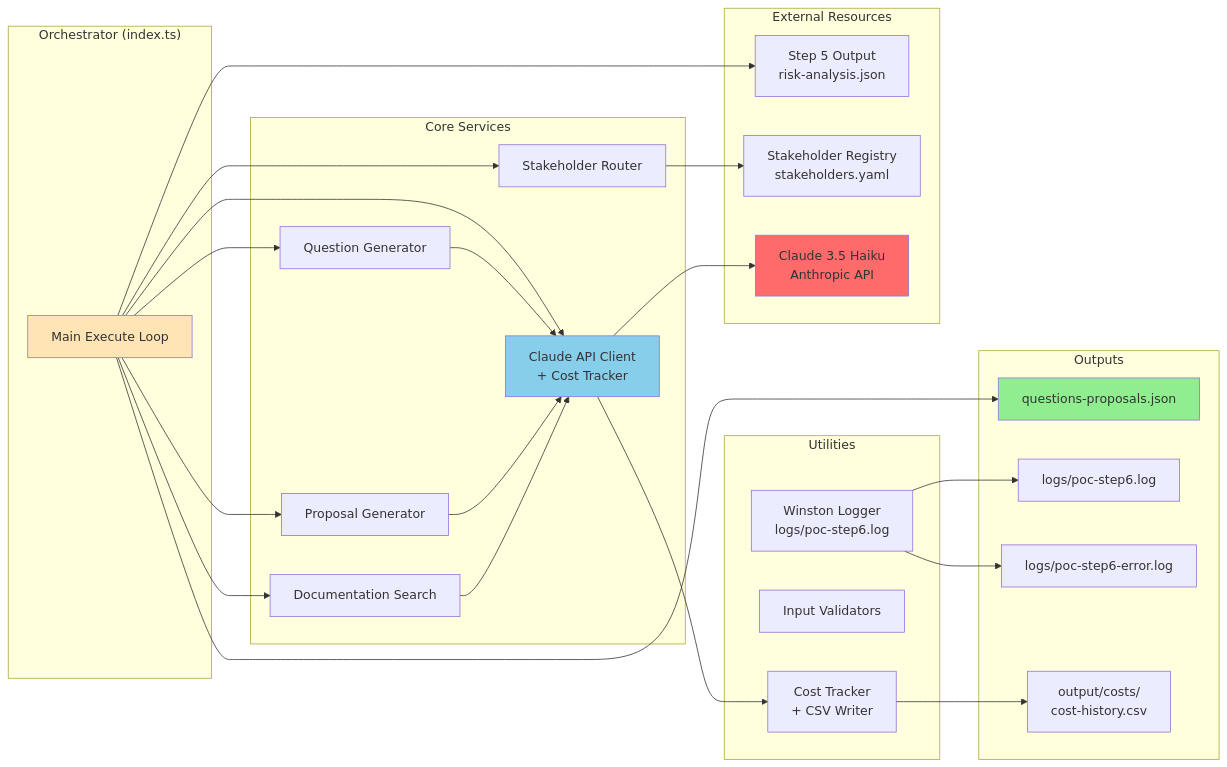
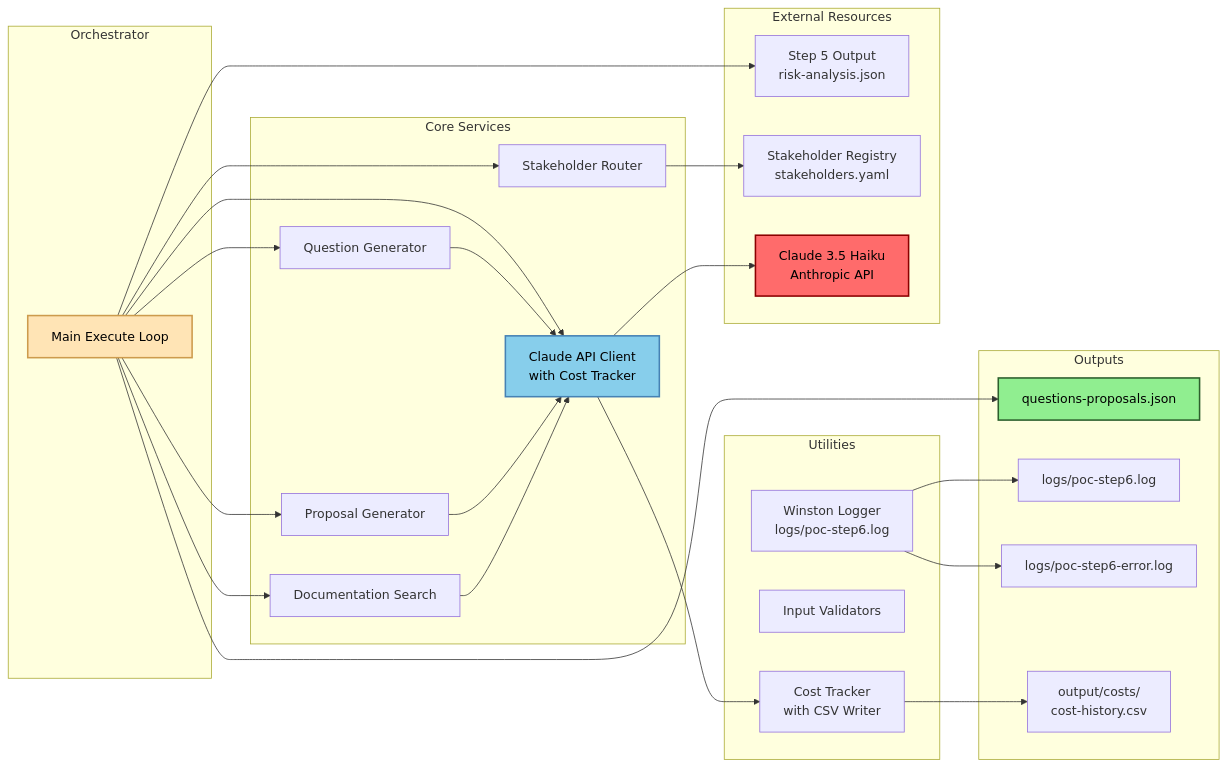
The third of 10 diagrams in poc-step6/docs/architecture-flow.md (ApexChef/backlog-chef), drawn with Mermaid before and after one commit. The commit also changed other lines of this file, not shown here.

First line of the commit message:
docs: Improve diagram contrast and readability

````diff
--- a/poc-step6/docs/architecture-flow.md
+++ b/poc-step6/docs/architecture-flow.md
@@ -87,59 +88,59 @@
 ```mermaid
 graph LR
-    subgraph "Orchestrator (index.ts)"
+    subgraph "Orchestrator"
         Main[Main Execute Loop]
     end
 
     subgraph "Core Services"
-        ClaudeAPI[Claude API Client<br/>+ Cost Tracker]
+        ClaudeAPI[Claude API Client<br/>with Cost Tracker]
         QuestGen[Question Generator]
         StakeRoute[Stakeholder Router]
         PropGen[Proposal Generator]
         DocSrch[Documentation Search]
     end
 
     subgraph "Utilities"
         Logger[Winston Logger<br/>logs/poc-step6.log]
         Validator[Input Validators]
-        CostTrack[Cost Tracker<br/>+ CSV Writer]
+        CostTrack[Cost Tracker<br/>with CSV Writer]
     end
 
     subgraph "External Resources"
         Step5[Step 5 Output<br/>risk-analysis.json]
         Registry[Stakeholder Registry<br/>stakeholders.yaml]
         ClaudeAI[Claude 3.5 Haiku<br/>Anthropic API]
     end
 
     subgraph "Outputs"
         OutJSON[questions-proposals.json]
         LogFile[logs/poc-step6.log]
         ErrorLog[logs/poc-step6-error.log]
         CostCSV[output/costs/<br/>cost-history.csv]
     end
 
     Main --> ClaudeAPI
     Main --> QuestGen
     Main --> StakeRoute
     Main --> PropGen
     Main --> DocSrch
 
     QuestGen --> ClaudeAPI
     PropGen --> ClaudeAPI
     DocSrch --> ClaudeAPI
 
     ClaudeAPI --> ClaudeAI
     ClaudeAPI --> CostTrack
 
     StakeRoute --> Registry
     Main --> Step5
 
     Main --> OutJSON
     Logger --> LogFile
     Logger --> ErrorLog
     CostTrack --> CostCSV
 
-    style Main fill:#FFE4B5
-    style ClaudeAPI fill:#87CEEB
-    style ClaudeAI fill:#FF6B6B
-    style OutJSON fill:#90EE90
+    style Main fill:#FFE4B5,stroke:#cd9b4d,stroke-width:2px,color:#000
+    style ClaudeAPI fill:#87CEEB,stroke:#4682b4,stroke-width:2px,color:#000
+    style ClaudeAI fill:#FF6B6B,stroke:#8b0000,stroke-width:2px,color:#000
+    style OutJSON fill:#90EE90,stroke:#2d5f2d,stroke-width:2px,color:#000
 ```
````
